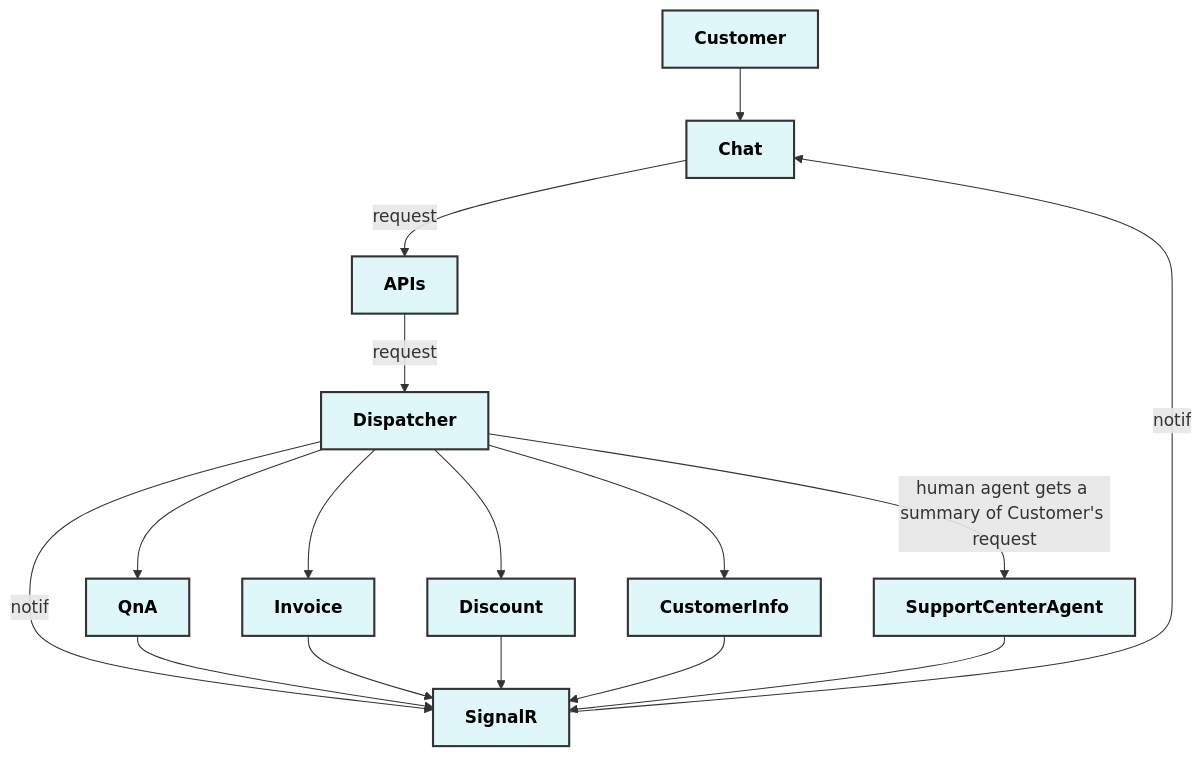
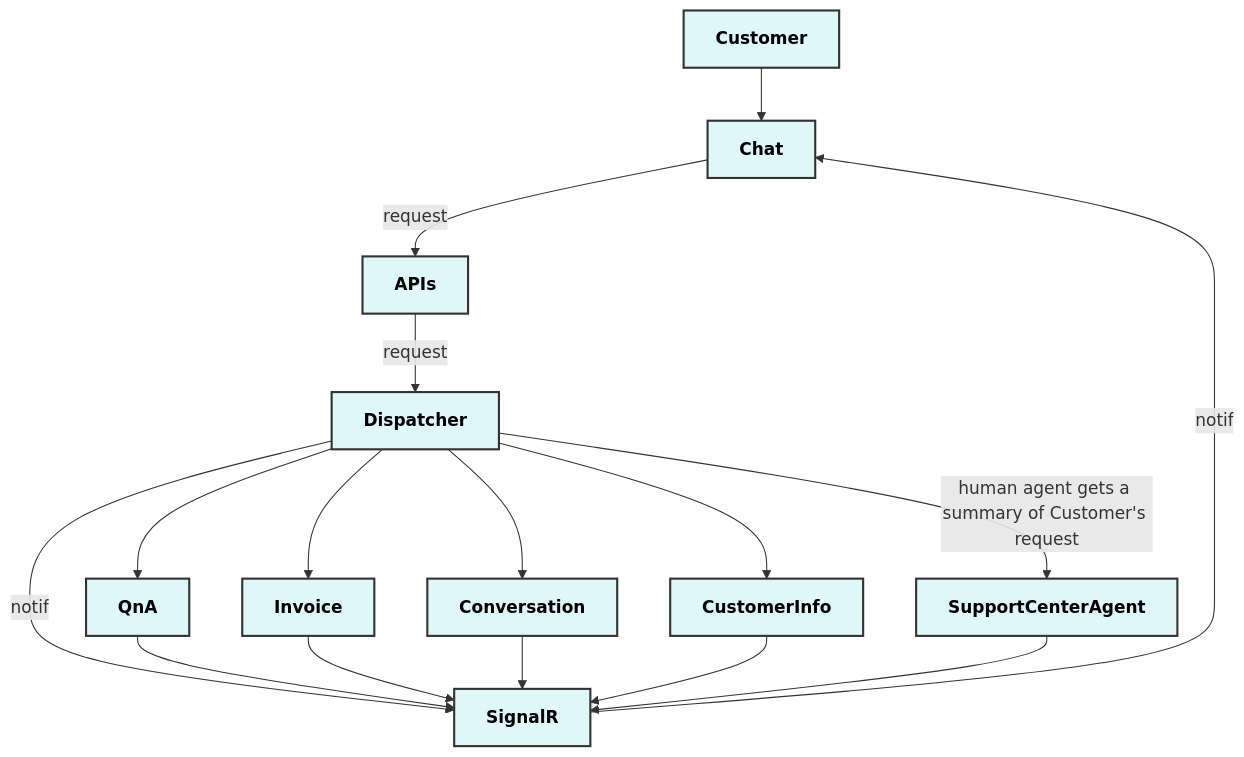
One commit to microsoft/project-oagents changed the diagram in samples/support-center/README.md. Above: the diagram before and after it, drawn with Mermaid. The commit also changed other lines of this file and 9 other files, not shown here.

Commit message:
Added a genric conversation agent to speed up conversations that doesn't have to use RAG/knowledge

````diff
--- a/samples/support-center/README.md
+++ b/samples/support-center/README.md
@@ -91,28 +92,28 @@
 ```mermaid
 graph TD
     classDef default fill:#f9f9f9,stroke:#333,stroke-width:2px,color:#333,font-weight:bold;  
     classDef highlight fill:#e0f7fa,stroke:#333,stroke-width:2px,color:#000,font-weight:bold; 
     
     User[Customer] --> Chat
     Chat -->|request| APIs
     APIs -->|request| Dispatcher
     Dispatcher -->|notif| SignalR
 
     Dispatcher --> QnA
     QnA --> SignalR
 
     Dispatcher --> Invoice
     Invoice --> SignalR
 
-    Dispatcher --> Discount
-    Discount --> SignalR
+    Dispatcher --> Conversation
+    Conversation --> SignalR
 
     Dispatcher --> CustomerInfo
     CustomerInfo --> SignalR
 
     Dispatcher -->|human agent gets a summary of Customer's request| SupportCenterAgent
     SupportCenterAgent --> SignalR
     SignalR -->|notif| Chat
 
-    class User,Chat,APIs,Dispatcher,SignalR,QnA,Invoice,Discount,CustomerInfo,SupportCenterAgent highlight;
+    class User,Chat,APIs,Dispatcher,SignalR,QnA,Invoice,Conversation,CustomerInfo,SupportCenterAgent highlight;
 ```
````
